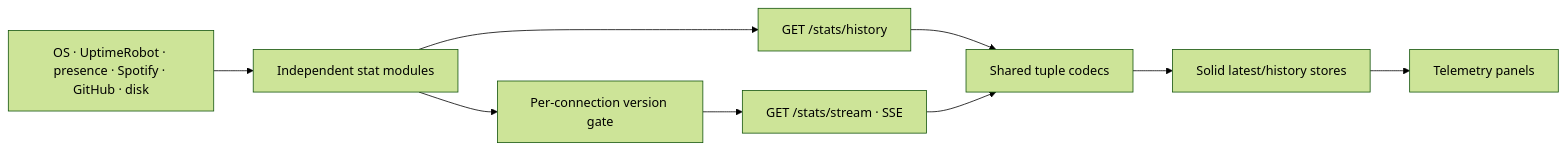
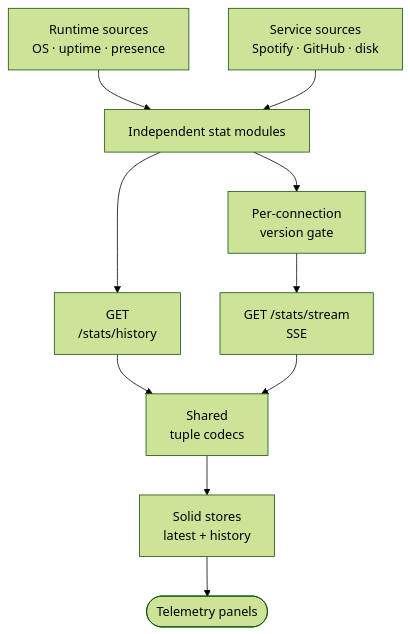
One commit to ErickCReis/ErickCReis changed the diagram in web/content/blog/the-stats-pipeline.mdx. Above: the diagram before and after it, drawn with Mermaid (forest theme). The commit also changed 23 other files, not shown here.

Commit message:
Polish Mermaid diagrams across blog posts

````diff
--- a/web/content/blog/the-stats-pipeline.mdx
+++ b/web/content/blog/the-stats-pipeline.mdx
@@ -10,11 +10,12 @@
 ```mermaid center
-flowchart LR
-  Sources["OS · UptimeRobot · presence · Spotify · GitHub · disk"] --> Collectors["Independent stat modules"]
-  Collectors --> History["GET /stats/history"]
-  Collectors --> Gate["Per-connection version gate"]
-  Gate --> SSE["GET /stats/stream · SSE"]
-  History --> Codec["Shared tuple codecs"]
+flowchart TB
+  Runtime["Runtime sources<br/>OS · uptime · presence"] --> Collectors["Independent stat modules"]
+  Services["Service sources<br/>Spotify · GitHub · disk"] --> Collectors
+  Collectors --> History["GET<br/>/stats/history"]
+  Collectors --> Gate["Per-connection<br/>version gate"]
+  Gate --> SSE["GET /stats/stream<br/>SSE"]
+  History --> Codec["Shared<br/>tuple codecs"]
   SSE --> Codec
-  Codec --> Stores["Solid latest/history stores"]
-  Stores --> Panels["Telemetry panels"]
+  Codec --> Stores["Solid stores<br/>latest + history"]
+  Stores --> Panels(["Telemetry panels"])
 ```
````
